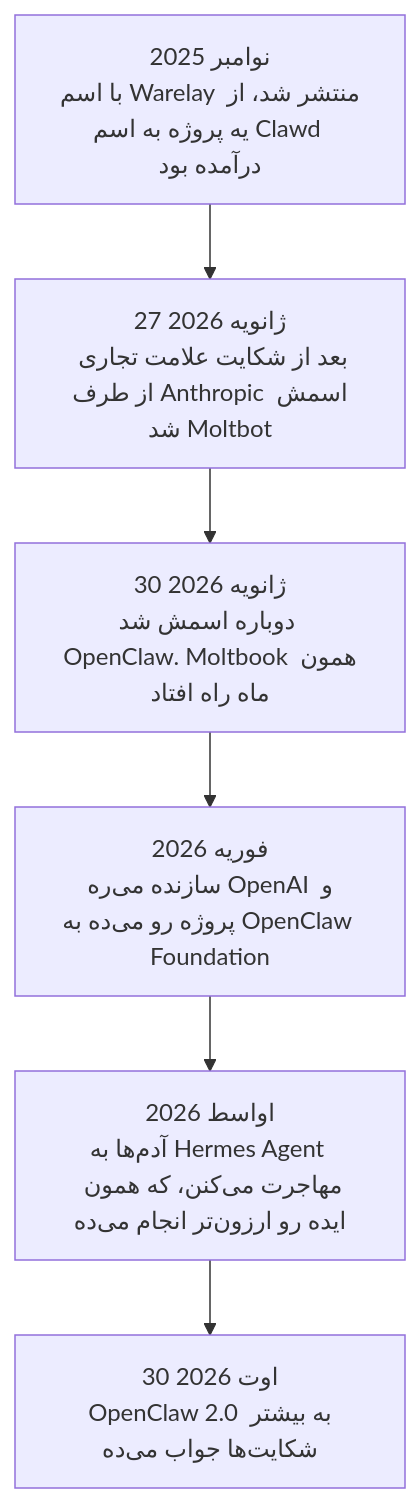
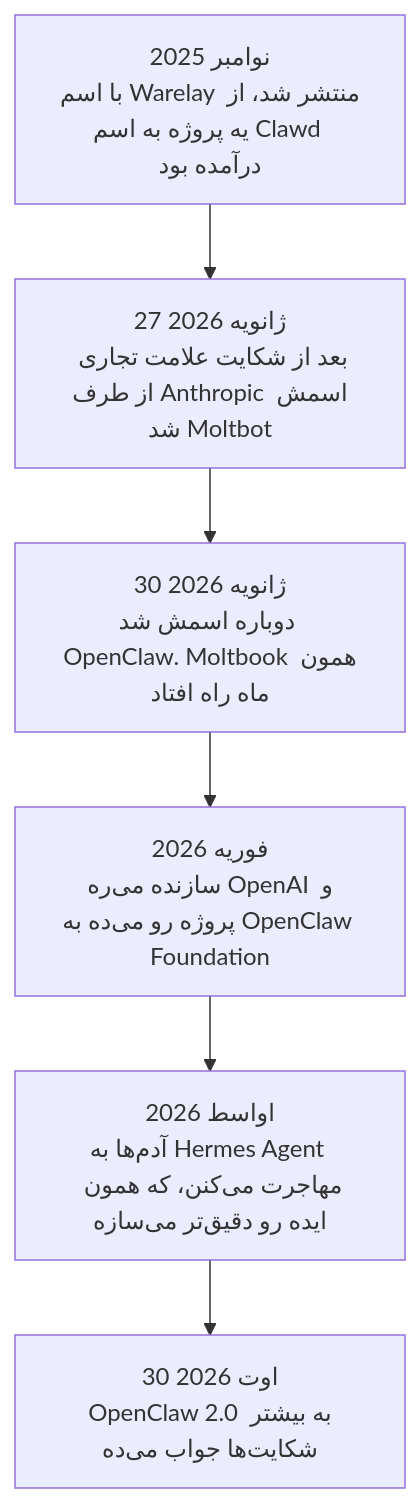
The diagram in mini-courses/2_intermediate/everyone/personal_agents_fa.md (lokumai/ai-engineering-bazaar), drawn with Mermaid before and after one commit. The commit also changed other lines of this file and 58 other files, not shown here.

````diff
--- a/mini-courses/2_intermediate/everyone/personal_agents_fa.md
+++ b/mini-courses/2_intermediate/everyone/personal_agents_fa.md
@@ -26,10 +26,10 @@
 ```mermaid
 graph TD
     A["نوامبر 2025<br/>با اسم Warelay منتشر شد، از یه پروژه به اسم Clawd درآمده بود"]
     B["27 ژانویه 2026<br/>بعد از شکایت علامت تجاری از طرف Anthropic اسمش شد Moltbot"]
     C["30 ژانویه 2026<br/>دوباره اسمش شد OpenClaw. Moltbook همون ماه راه افتاد"]
     D["فوریه 2026<br/>سازنده می‌ره OpenAI و پروژه رو می‌ده به OpenClaw Foundation"]
-    E["اواسط 2026<br/>آدم‌ها به Hermes Agent مهاجرت می‌کنن، که همون ایده رو ارزون‌تر انجام می‌ده"]
+    E["اواسط 2026<br/>آدم‌ها به Hermes Agent مهاجرت می‌کنن، که همون ایده رو دقیق‌تر می‌سازه"]
     F["30 اوت 2026<br/>OpenClaw 2.0 به بیشتر شکایت‌ها جواب می‌ده"]
     A --> B --> C --> D --> E --> F
 ```
````
